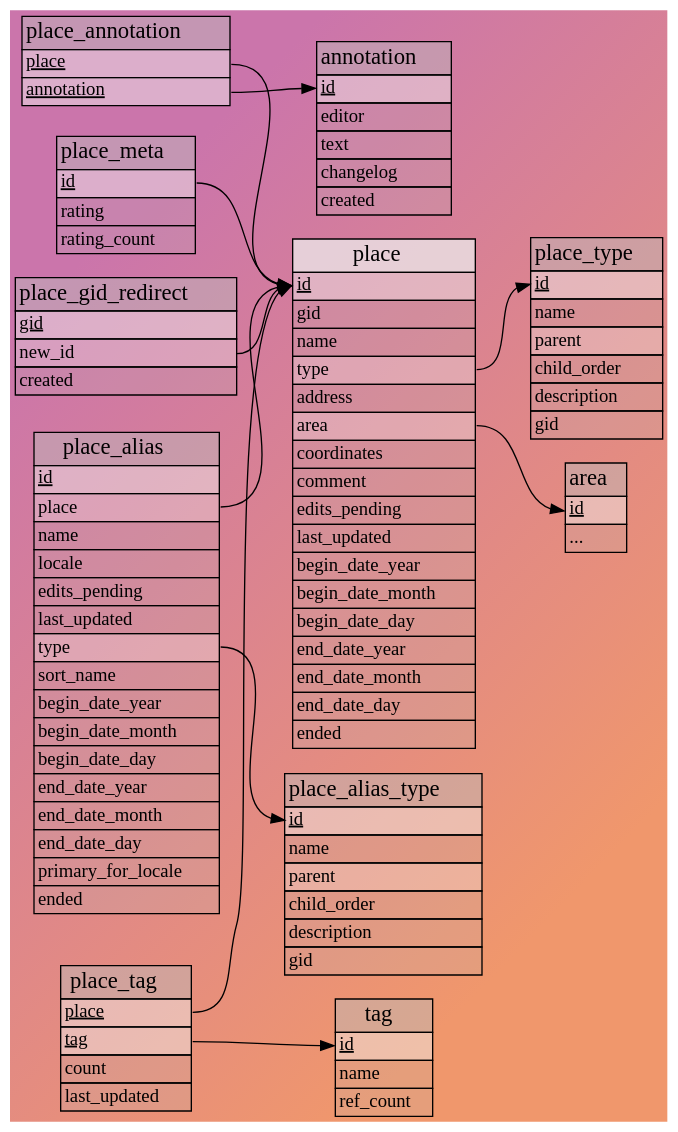
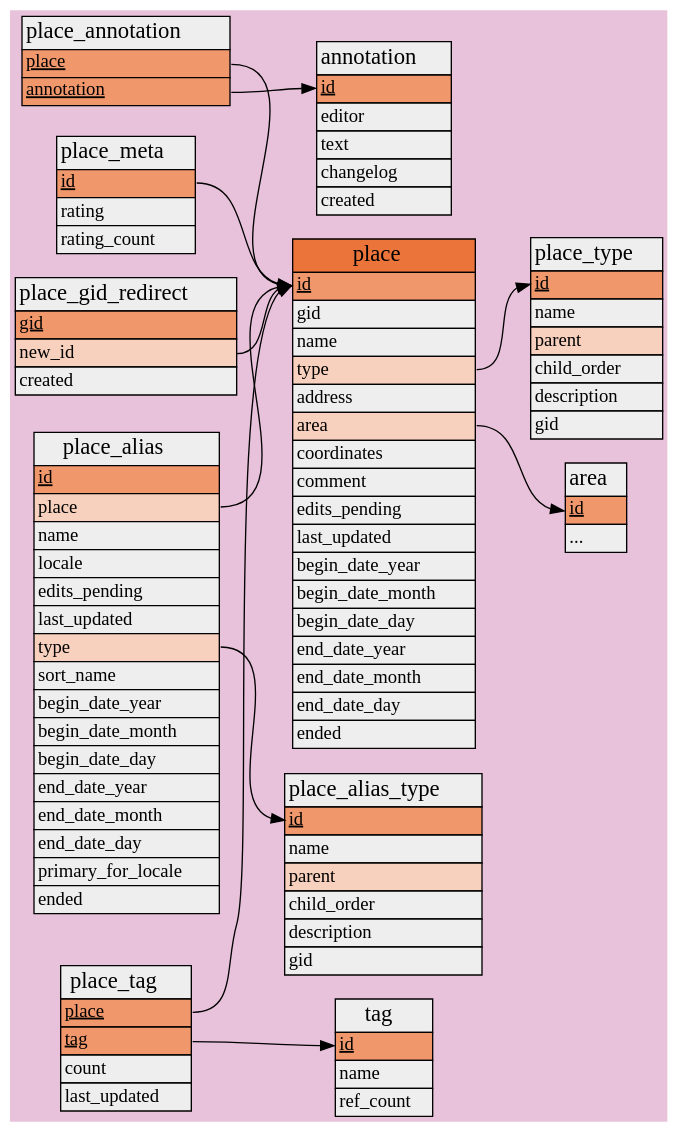
The diagram in docs/database_schema_diagrams/graphs/place_entity_details.dot (metabrainz/musicbrainz-server), drawn with Graphviz before and after one commit. The commit also changed 45 other files, not shown here.

First line of the commit message:
Regenerate graphs and images with new colors

```diff
--- a/docs/database_schema_diagrams/graphs/place_entity_details.dot
+++ b/docs/database_schema_diagrams/graphs/place_entity_details.dot
@@ -3,9 +3,8 @@
 digraph place_entity_details {
     tooltip = "Tables for the “place” entity type properties"
     graph [
-        bgcolor = "#cb75ab:#f0976c"
+        bgcolor = "#e8c2da"
         concentrate = true
-        gradientangle = 330
         pack = true
         rankdir = "LR"
     ];
@@ -17,144 +16,144 @@
     "musicbrainz.annotation" [
         label = <
             <table border="0" cellspacing="0" cellborder="1">
-                <tr><td bgcolor="#bbbbbb77"><font point-size="17">annotation</font></td></tr>
-                <tr><td bgcolor="#eeeeee77" align="left" port="id"><font point-size="14"><u>id</u></font></td></tr>
-                <tr><td bgcolor="#bbbbbb33" align="left" port="editor"><font point-size="14">editor</font></td></tr>
-                <tr><td bgcolor="#bbbbbb33" align="left" port="text"><font point-size="14">text</font></td></tr>
-                <tr><td bgcolor="#bbbbbb33" align="left" port="changelog"><font point-size="14">changelog</font></td></tr>
-                <tr><td bgcolor="#bbbbbb33" align="left" port="created"><font point-size="14">created</font></td></tr>
+                <tr><td bgcolor="#eeeeee"><font point-size="17">annotation</font></td></tr>
+                <tr><td bgcolor="#f0976c" align="left" port="id"><font point-size="14"><u>id</u></font></td></tr>
+                <tr><td bgcolor="#eeeeee" align="left" port="editor"><font point-size="14">editor</font></td></tr>
+                <tr><td bgcolor="#eeeeee" align="left" port="text"><font point-size="14">text</font></td></tr>
+                <tr><td bgcolor="#eeeeee" align="left" port="changelog"><font point-size="14">changelog</font></td></tr>
+                <tr><td bgcolor="#eeeeee" align="left" port="created"><font point-size="14">created</font></td></tr>
             </table>
         >
     ];
     "musicbrainz.area" [
         label = <
             <table border="0" cellspacing="0" cellborder="1">
-                <tr><td bgcolor="#bbbbbb77"><font point-size="17">area</font></td></tr>
-                <tr><td bgcolor="#eeeeee77" align="left" port="id"><font point-size="14"><u>id</u></font></td></tr>
-                <tr><td bgcolor="#bbbbbb33" align="left" port="..."><font point-size="14">...</font></td></tr>
+                <tr><td bgcolor="#eeeeee"><font point-size="17">area</font></td></tr>
+                <tr><td bgcolor="#f0976c" align="left" port="id"><font point-size="14"><u>id</u></font></td></tr>
+                <tr><td bgcolor="#eeeeee" align="left" port="..."><font point-size="14">...</font></td></tr>
             </table>
         >
     ];
     "musicbrainz.place" [
         label = <
             <table border="0" cellspacing="0" cellborder="1">
-                <tr><td bgcolor="#eeeeeebb"><font point-size="17">place</font></td></tr>
-                <tr><td bgcolor="#eeeeee77" align="left" port="id"><font point-size="14"><u>id</u></font></td></tr>
-                <tr><td bgcolor="#bbbbbb33" align="left" port="gid"><font point-size="14">gid</font></td></tr>
-                <tr><td bgcolor="#bbbbbb33" align="left" port="name"><font point-size="14">name</font></td></tr>
-                <tr><td bgcolor="#eeeeee55" align="left" port="type"><font point-size="14">type</font></td></tr>
-                <tr><td bgcolor="#bbbbbb33" align="left" port="address"><font point-size="14">address</font></td></tr>
-                <tr><td bgcolor="#eeeeee55" align="left" port="area"><font point-size="14">area</font></td></tr>
-                <tr><td bgcolor="#bbbbbb33" align="left" port="coordinates"><font point-size="14">coordinates</font></td></tr>
-                <tr><td bgcolor="#bbbbbb33" align="left" port="comment"><font point-size="14">comment</font></td></tr>
-                <tr><td bgcolor="#bbbbbb33" align="left" port="edits_pending"><font point-size="14">edits_pending</font></td></tr>
-                <tr><td bgcolor="#bbbbbb33" align="left" port="last_updated"><font point-size="14">last_updated</font></td></tr>
-                <tr><td bgcolor="#bbbbbb33" align="left" port="begin_date_year"><font point-size="14">begin_date_year</font></td></tr>
-                <tr><td bgcolor="#bbbbbb33" align="left" port="begin_date_month"><font point-size="14">begin_date_month</font></td></tr>
-                <tr><td bgcolor="#bbbbbb33" align="left" port="begin_date_day"><font point-size="14">begin_date_day</font></td></tr>
-                <tr><td bgcolor="#bbbbbb33" align="left" port="end_date_year"><font point-size="14">end_date_year</font></td></tr>
-                <tr><td bgcolor="#bbbbbb33" align="left" port="end_date_month"><font point-size="14">end_date_month</font></td></tr>
-                <tr><td bgcolor="#bbbbbb33" align="left" port="end_date_day"><font point-size="14">end_date_day</font></td></tr>
-                <tr><td bgcolor="#bbbbbb33" align="left" port="ended"><font point-size="14">ended</font></td></tr>
+                <tr><td bgcolor="#eb743b"><font point-size="17">place</font></td></tr>
+                <tr><td bgcolor="#f0976c" align="left" port="id"><font point-size="14"><u>id</u></font></td></tr>
+                <tr><td bgcolor="#eeeeee" align="left" port="gid"><font point-size="14">gid</font></td></tr>
+                <tr><td bgcolor="#eeeeee" align="left" port="name"><font point-size="14">name</font></td></tr>
+                <tr><td bgcolor="#f8d1be" align="left" port="type"><font point-size="14">type</font></td></tr>
+                <tr><td bgcolor="#eeeeee" align="left" port="address"><font point-size="14">address</font></td></tr>
+                <tr><td bgcolor="#f8d1be" align="left" port="area"><font point-size="14">area</font></td></tr>
+                <tr><td bgcolor="#eeeeee" align="left" port="coordinates"><font point-size="14">coordinates</font></td></tr>
+                <tr><td bgcolor="#eeeeee" align="left" port="comment"><font point-size="14">comment</font></td></tr>
+                <tr><td bgcolor="#eeeeee" align="left" port="edits_pending"><font point-size="14">edits_pending</font></td></tr>
+                <tr><td bgcolor="#eeeeee" align="left" port="last_updated"><font point-size="14">last_updated</font></td></tr>
+                <tr><td bgcolor="#eeeeee" align="left" port="begin_date_year"><font point-size="14">begin_date_year</font></td></tr>
+                <tr><td bgcolor="#eeeeee" align="left" port="begin_date_month"><font point-size="14">begin_date_month</font></td></tr>
+                <tr><td bgcolor="#eeeeee" align="left" port="begin_date_day"><font point-size="14">begin_date_day</font></td></tr>
+                <tr><td bgcolor="#eeeeee" align="left" port="end_date_year"><font point-size="14">end_date_year</font></td></tr>
+                <tr><td bgcolor="#eeeeee" align="left" port="end_date_month"><font point-size="14">end_date_month</font></td></tr>
+                <tr><td bgcolor="#eeeeee" align="left" port="end_date_day"><font point-size="14">end_date_day</font></td></tr>
+                <tr><td bgcolor="#eeeeee" align="left" port="ended"><font point-size="14">ended</font></td></tr>
             </table>
         >
     ];
     "musicbrainz.place_alias" [
         label = <
             <table border="0" cellspacing="0" cellborder="1">
-                <tr><td bgcolor="#bbbbbb77"><font point-size="17">place_alias</font></td></tr>
-                <tr><td bgcolor="#eeeeee77" align="left" port="id"><font point-size="14"><u>id</u></font></td></tr>
-                <tr><td bgcolor="#eeeeee55" align="left" port="place"><font point-size="14">place</font></td></tr>
-                <tr><td bgcolor="#bbbbbb33" align="left" port="name"><font point-size="14">name</font></td></tr>
-                <tr><td bgcolor="#bbbbbb33" align="left" port="locale"><font point-size="14">locale</font></td></tr>
-                <tr><td bgcolor="#bbbbbb33" align="left" port="edits_pending"><font point-size="14">edits_pending</font></td></tr>
-                <tr><td bgcolor="#bbbbbb33" align="left" port="last_updated"><font point-size="14">last_updated</font></td></tr>
-                <tr><td bgcolor="#eeeeee55" align="left" port="type"><font point-size="14">type</font></td></tr>
-                <tr><td bgcolor="#bbbbbb33" align="left" port="sort_name"><font point-size="14">sort_name</font></td></tr>
-                <tr><td bgcolor="#bbbbbb33" align="left" port="begin_date_year"><font point-size="14">begin_date_year</font></td></tr>
-                <tr><td bgcolor="#bbbbbb33" align="left" port="begin_date_month"><font point-size="14">begin_date_month</font></td></tr>
-                <tr><td bgcolor="#bbbbbb33" align="left" port="begin_date_day"><font point-size="14">begin_date_day</font></td></tr>
-                <tr><td bgcolor="#bbbbbb33" align="left" port="end_date_year"><font point-size="14">end_date_year</font></td></tr>
-                <tr><td bgcolor="#bbbbbb33" align="left" port="end_date_month"><font point-size="14">end_date_month</font></td></tr>
-                <tr><td bgcolor="#bbbbbb33" align="left" port="end_date_day"><font point-size="14">end_date_day</font></td></tr>
-                <tr><td bgcolor="#bbbbbb33" align="left" port="primary_for_locale"><font point-size="14">primary_for_locale</font></td></tr>
-                <tr><td bgcolor="#bbbbbb33" align="left" port="ended"><font point-size="14">ended</font></td></tr>
+                <tr><td bgcolor="#eeeeee"><font point-size="17">place_alias</font></td></tr>
+                <tr><td bgcolor="#f0976c" align="left" port="id"><font point-size="14"><u>id</u></font></td></tr>
+                <tr><td bgcolor="#f8d1be" align="left" port="place"><font point-size="14">place</font></td></tr>
+                <tr><td bgcolor="#eeeeee" align="left" port="name"><font point-size="14">name</font></td></tr>
+                <tr><td bgcolor="#eeeeee" align="left" port="locale"><font point-size="14">locale</font></td></tr>
+                <tr><td bgcolor="#eeeeee" align="left" port="edits_pending"><font point-size="14">edits_pending</font></td></tr>
+                <tr><td bgcolor="#eeeeee" align="left" port="last_updated"><font point-size="14">last_updated</font></td></tr>
+                <tr><td bgcolor="#f8d1be" align="left" port="type"><font point-size="14">type</font></td></tr>
+                <tr><td bgcolor="#eeeeee" align="left" port="sort_name"><font point-size="14">sort_name</font></td></tr>
+                <tr><td bgcolor="#eeeeee" align="left" port="begin_date_year"><font point-size="14">begin_date_year</font></td></tr>
+                <tr><td bgcolor="#eeeeee" align="left" port="begin_date_month"><font point-size="14">begin_date_month</font></td></tr>
+                <tr><td bgcolor="#eeeeee" align="left" port="begin_date_day"><font point-size="14">begin_date_day</font></td></tr>
+                <tr><td bgcolor="#eeeeee" align="left" port="end_date_year"><font point-size="14">end_date_year</font></td></tr>
+                <tr><td bgcolor="#eeeeee" align="left" port="end_date_month"><font point-size="14">end_date_month</font></td></tr>
+                <tr><td bgcolor="#eeeeee" align="left" port="end_date_day"><font point-size="14">end_date_day</font></td></tr>
+                <tr><td bgcolor="#eeeeee" align="left" port="primary_for_locale"><font point-size="14">primary_for_locale</font></td></tr>
+                <tr><td bgcolor="#eeeeee" align="left" port="ended"><font point-size="14">ended</font></td></tr>
             </table>
         >
     ];
     "musicbrainz.place_alias_type" [
         label = <
             <table border="0" cellspacing="0" cellborder="1">
-                <tr><td bgcolor="#bbbbbb77"><font point-size="17">place_alias_type</font></td></tr>
-                <tr><td bgcolor="#eeeeee77" align="left" port="id"><font point-size="14"><u>id</u></font></td></tr>
-                <tr><td bgcolor="#bbbbbb33" align="left" port="name"><font point-size="14">name</font></td></tr>
-                <tr><td bgcolor="#eeeeee55" align="left" port="parent"><font point-size="14">parent</font></td></tr>
-                <tr><td bgcolor="#bbbbbb33" align="left" port="child_order"><font point-size="14">child_order</font></td></tr>
-                <tr><td bgcolor="#bbbbbb33" align="left" port="description"><font point-size="14">description</font></td></tr>
-                <tr><td bgcolor="#bbbbbb33" align="left" port="gid"><font point-size="14">gid</font></td></tr>
+                <tr><td bgcolor="#eeeeee"><font point-size="17">place_alias_type</font></td></tr>
+                <tr><td bgcolor="#f0976c" align="left" port="id"><font point-size="14"><u>id</u></font></td></tr>
+                <tr><td bgcolor="#eeeeee" align="left" port="name"><font point-size="14">name</font></td></tr>
+                <tr><td bgcolor="#f8d1be" align="left" port="parent"><font point-size="14">parent</font></td></tr>
+                <tr><td bgcolor="#eeeeee" align="left" port="child_order"><font point-size="14">child_order</font></td></tr>
+                <tr><td bgcolor="#eeeeee" align="left" port="description"><font point-size="14">description</font></td></tr>
+                <tr><td bgcolor="#eeeeee" align="left" port="gid"><font point-size="14">gid</font></td></tr>
             </table>
         >
     ];
     "musicbrainz.place_annotation" [
         label = <
             <table border="0" cellspacing="0" cellborder="1">
-                <tr><td bgcolor="#bbbbbb77"><font point-size="17">place_annotation</font></td></tr>
-                <tr><td bgcolor="#eeeeee77" align="left" port="place"><font point-size="14"><u>place</u></font></td></tr>
-                <tr><td bgcolor="#eeeeee77" align="left" port="annotation"><font point-size="14"><u>annotation</u></font></td></tr>
+                <tr><td bgcolor="#eeeeee"><font point-size="17">place_annotation</font></td></tr>
+                <tr><td bgcolor="#f0976c" align="left" port="place"><font point-size="14"><u>place</u></font></td></tr>
+                <tr><td bgcolor="#f0976c" align="left" port="annotation"><font point-size="14"><u>annotation</u></font></td></tr>
             </table>
         >
     ];
     "musicbrainz.place_gid_redirect" [
         label = <
             <table border="0" cellspacing="0" cellborder="1">
-                <tr><td bgcolor="#bbbbbb77"><font point-size="17">place_gid_redirect</font></td></tr>
-                <tr><td bgcolor="#eeeeee77" align="left" port="gid"><font point-size="14"><u>gid</u></font></td></tr>
-                <tr><td bgcolor="#eeeeee55" align="left" port="new_id"><font point-size="14">new_id</font></td></tr>
-                <tr><td bgcolor="#bbbbbb33" align="left" port="created"><font point-size="14">created</font></td></tr>
+                <tr><td bgcolor="#eeeeee"><font point-size="17">place_gid_redirect</font></td></tr>
+                <tr><td bgcolor="#f0976c" align="left" port="gid"><font point-size="14"><u>gid</u></font></td></tr>
+                <tr><td bgcolor="#f8d1be" align="left" port="new_id"><font point-size="14">new_id</font></td></tr>
+                <tr><td bgcolor="#eeeeee" align="left" port="created"><font point-size="14">created</font></td></tr>
             </table>
         >
     ];
     "musicbrainz.place_meta" [
         label = <
             <table border="0" cellspacing="0" cellborder="1">
-                <tr><td bgcolor="#bbbbbb77"><font point-size="17">place_meta</font></td></tr>
-                <tr><td bgcolor="#eeeeee77" align="left" port="id"><font point-size="14"><u>id</u></font></td></tr>
-                <tr><td bgcolor="#bbbbbb33" align="left" port="rating"><font point-size="14">rating</font></td></tr>
-                <tr><td bgcolor="#bbbbbb33" align="left" port="rating_count"><font point-size="14">rating_count</font></td></tr>
+                <tr><td bgcolor="#eeeeee"><font point-size="17">place_meta</font></td></tr>
+                <tr><td bgcolor="#f0976c" align="left" port="id"><font point-size="14"><u>id</u></font></td></tr>
+                <tr><td bgcolor="#eeeeee" align="left" port="rating"><font point-size="14">rating</font></td></tr>
+                <tr><td bgcolor="#eeeeee" align="left" port="rating_count"><font point-size="14">rating_count</font></td></tr>
             </table>
         >
     ];
     "musicbrainz.place_tag" [
         label = <
             <table border="0" cellspacing="0" cellborder="1">
-                <tr><td bgcolor="#bbbbbb77"><font point-size="17">place_tag</font></td></tr>
-                <tr><td bgcolor="#eeeeee77" align="left" port="place"><font point-size="14"><u>place</u></font></td></tr>
-                <tr><td bgcolor="#eeeeee77" align="left" port="tag"><font point-size="14"><u>tag</u></font></td></tr>
-                <tr><td bgcolor="#bbbbbb33" align="left" port="count"><font point-size="14">count</font></td></tr>
-                <tr><td bgcolor="#bbbbbb33" align="left" port="last_updated"><font point-size="14">last_updated</font></td></tr>
+                <tr><td bgcolor="#eeeeee"><font point-size="17">place_tag</font></td></tr>
+                <tr><td bgcolor="#f0976c" align="left" port="place"><font point-size="14"><u>place</u></font></td></tr>
+                <tr><td bgcolor="#f0976c" align="left" port="tag"><font point-size="14"><u>tag</u></font></td></tr>
+                <tr><td bgcolor="#eeeeee" align="left" port="count"><font point-size="14">count</font></td></tr>
+                <tr><td bgcolor="#eeeeee" align="left" port="last_updated"><font point-size="14">last_updated</font></td></tr>
             </table>
         >
     ];
     "musicbrainz.place_type" [
         label = <
             <table border="0" cellspacing="0" cellborder="1">
-                <tr><td bgcolor="#bbbbbb77"><font point-size="17">place_type</font></td></tr>
-                <tr><td bgcolor="#eeeeee77" align="left" port="id"><font point-size="14"><u>id</u></font></td></tr>
-                <tr><td bgcolor="#bbbbbb33" align="left" port="name"><font point-size="14">name</font></td></tr>
-                <tr><td bgcolor="#eeeeee55" align="left" port="parent"><font point-size="14">parent</font></td></tr>
-                <tr><td bgcolor="#bbbbbb33" align="left" port="child_order"><font point-size="14">child_order</font></td></tr>
-                <tr><td bgcolor="#bbbbbb33" align="left" port="description"><font point-size="14">description</font></td></tr>
-                <tr><td bgcolor="#bbbbbb33" align="left" port="gid"><font point-size="14">gid</font></td></tr>
+                <tr><td bgcolor="#eeeeee"><font point-size="17">place_type</font></td></tr>
+                <tr><td bgcolor="#f0976c" align="left" port="id"><font point-size="14"><u>id</u></font></td></tr>
+                <tr><td bgcolor="#eeeeee" align="left" port="name"><font point-size="14">name</font></td></tr>
+                <tr><td bgcolor="#f8d1be" align="left" port="parent"><font point-size="14">parent</font></td></tr>
+                <tr><td bgcolor="#eeeeee" align="left" port="child_order"><font point-size="14">child_order</font></td></tr>
+                <tr><td bgcolor="#eeeeee" align="left" port="description"><font point-size="14">description</font></td></tr>
+                <tr><td bgcolor="#eeeeee" align="left" port="gid"><font point-size="14">gid</font></td></tr>
             </table>
         >
     ];
     "musicbrainz.tag" [
         label = <
             <table border="0" cellspacing="0" cellborder="1">
-                <tr><td bgcolor="#bbbbbb77"><font point-size="17">tag</font></td></tr>
-                <tr><td bgcolor="#eeeeee77" align="left" port="id"><font point-size="14"><u>id</u></font></td></tr>
-                <tr><td bgcolor="#bbbbbb33" align="left" port="name"><font point-size="14">name</font></td></tr>
-                <tr><td bgcolor="#bbbbbb33" align="left" port="ref_count"><font point-size="14">ref_count</font></td></tr>
+                <tr><td bgcolor="#eeeeee"><font point-size="17">tag</font></td></tr>
+                <tr><td bgcolor="#f0976c" align="left" port="id"><font point-size="14"><u>id</u></font></td></tr>
+                <tr><td bgcolor="#eeeeee" align="left" port="name"><font point-size="14">name</font></td></tr>
+                <tr><td bgcolor="#eeeeee" align="left" port="ref_count"><font point-size="14">ref_count</font></td></tr>
             </table>
         >
     ];
```
